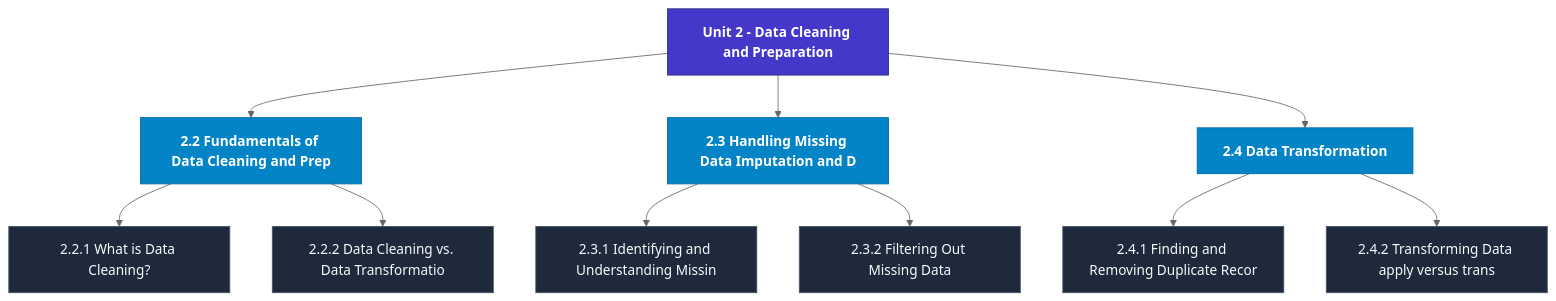
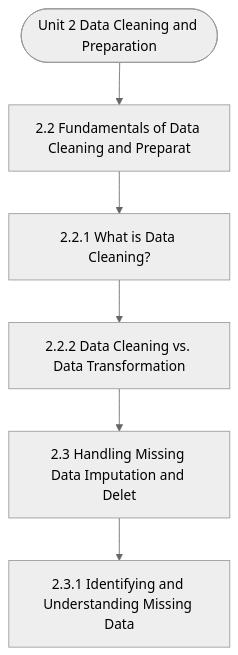
The diagram in notes/Semester_2/MCS-067_Data_Wrangling_and_Visualization/unit_02_Data_Cleaning_and_Preparation.md (Asutosh-Coaching/mscdsa), drawn with Mermaid (neutral theme) before and after one commit. The commit also changed other lines of this file and 115 other files, not shown here.

Commit message:
Fix Mermaid layout for mobile, isolate LaTeX delimiters, and add GitHub Pages reader

````diff
--- a/notes/Semester_2/MCS-067_Data_Wrangling_and_Visualization/unit_02_Data_Cleaning_and_Preparation.md
+++ b/notes/Semester_2/MCS-067_Data_Wrangling_and_Visualization/unit_02_Data_Cleaning_and_Preparation.md
@@ -19,27 +19,14 @@
 ```mermaid
 flowchart TD
-  %% Styling Definitions
-  classDef head fill:#4338ca,stroke:#312e81,color:#ffffff,font-weight:bold;
-  classDef topic fill:#0284c7,stroke:#0369a1,color:#ffffff,font-weight:600;
-  classDef sub fill:#1e293b,stroke:#475569,color:#f8fafc;
-
-  Root["Unit 2 - Data Cleaning and Preparation"]:::head
-  M1["2.2 Fundamentals of Data Cleaning and Prep"]:::topic
-  Root --> M1
-  M1_1["2.2.1 What is Data Cleaning?"]:::sub
-  M1 --> M1_1
-  M1_2["2.2.2 Data Cleaning vs. Data Transformatio"]:::sub
-  M1 --> M1_2
-  M2["2.3 Handling Missing Data Imputation and D"]:::topic
-  Root --> M2
-  M2_1["2.3.1 Identifying and Understanding Missin"]:::sub
-  M2 --> M2_1
-  M2_2["2.3.2 Filtering Out Missing Data"]:::sub
-  M2 --> M2_2
-  M3["2.4 Data Transformation"]:::topic
-  Root --> M3
-  M3_1["2.4.1 Finding and Removing Duplicate Recor"]:::sub
-  M3 --> M3_1
-  M3_2["2.4.2 Transforming Data apply versus trans"]:::sub
-  M3 --> M3_2
+  Start(["Unit 2 Data Cleaning and Preparation"])
+  N1["2.2 Fundamentals of Data Cleaning and Preparat"]
+  N2["2.2.1 What is Data Cleaning?"]
+  N3["2.2.2 Data Cleaning vs. Data Transformation"]
+  N4["2.3 Handling Missing Data Imputation and Delet"]
+  N5["2.3.1 Identifying and Understanding Missing Data"]
+  Start --> N1
+  N1 --> N2
+  N2 --> N3
+  N3 --> N4
+  N4 --> N5
 ```
````
